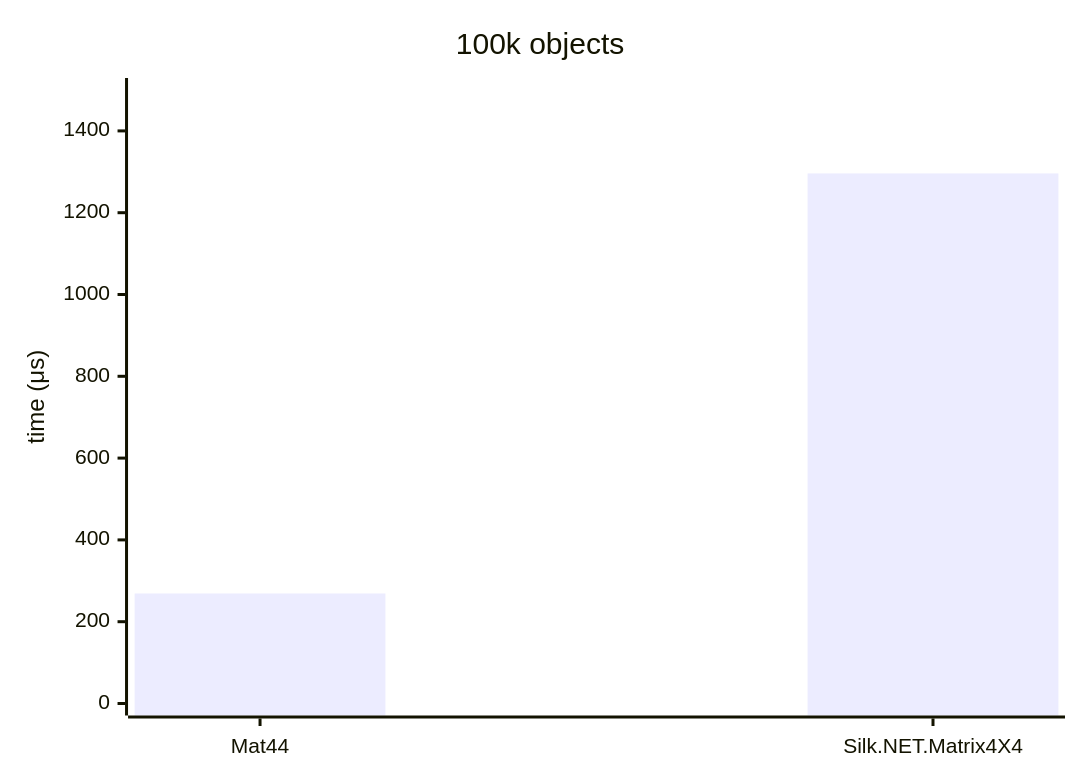
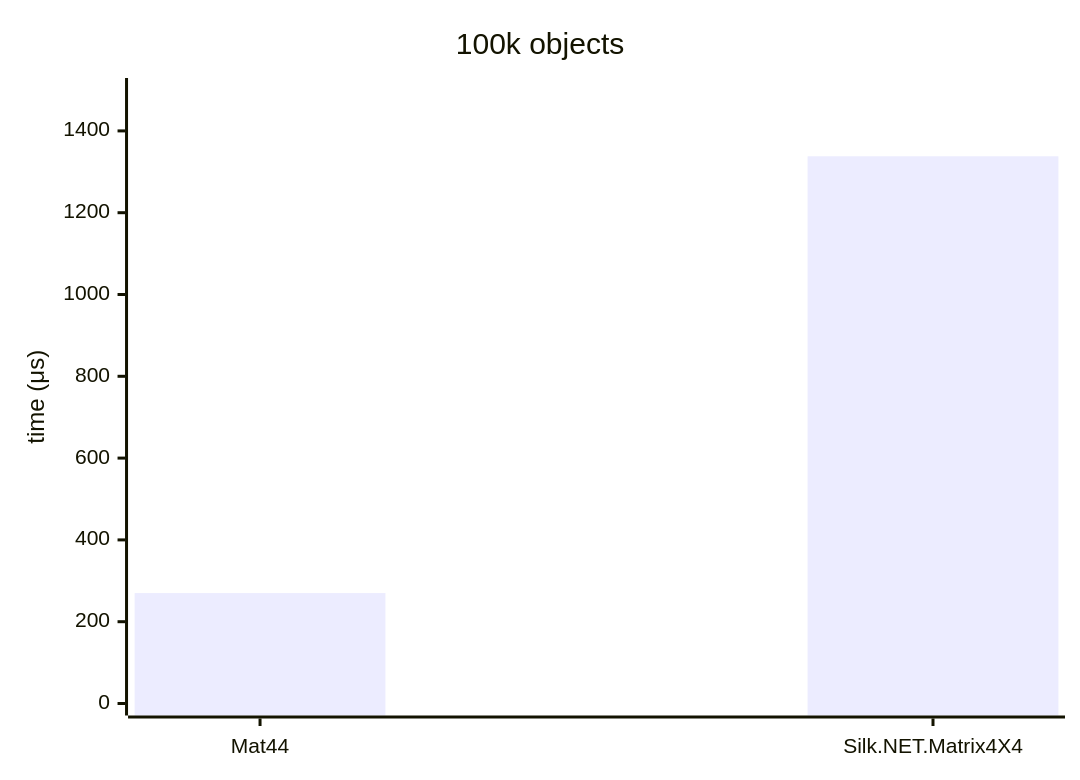
One commit to malstraem/generic-simd-numerics changed the first of 3 diagrams in reports/mat44-f64-affine.md. Above: the diagram before and after it, drawn with Mermaid. The commit also changed other lines of this file and 90 other files, not shown here.

````diff
--- a/reports/mat44-f64-affine.md
+++ b/reports/mat44-f64-affine.md
@@ -5,7 +5,7 @@
 ```mermaid
 xychart
     title "100k objects"
     x-axis [Mat44, Silk.NET.Matrix4X4]
     y-axis "time (μs)" 0 --> 1500
-    bar [269, 1296]
+    bar [270, 1338]
 ```
````
